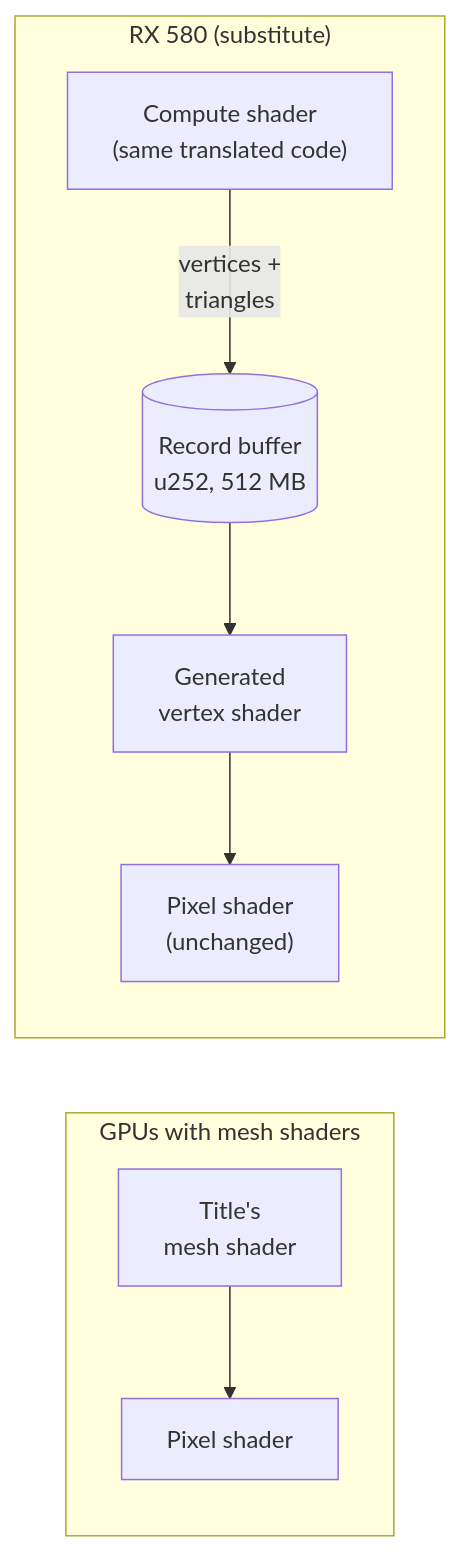
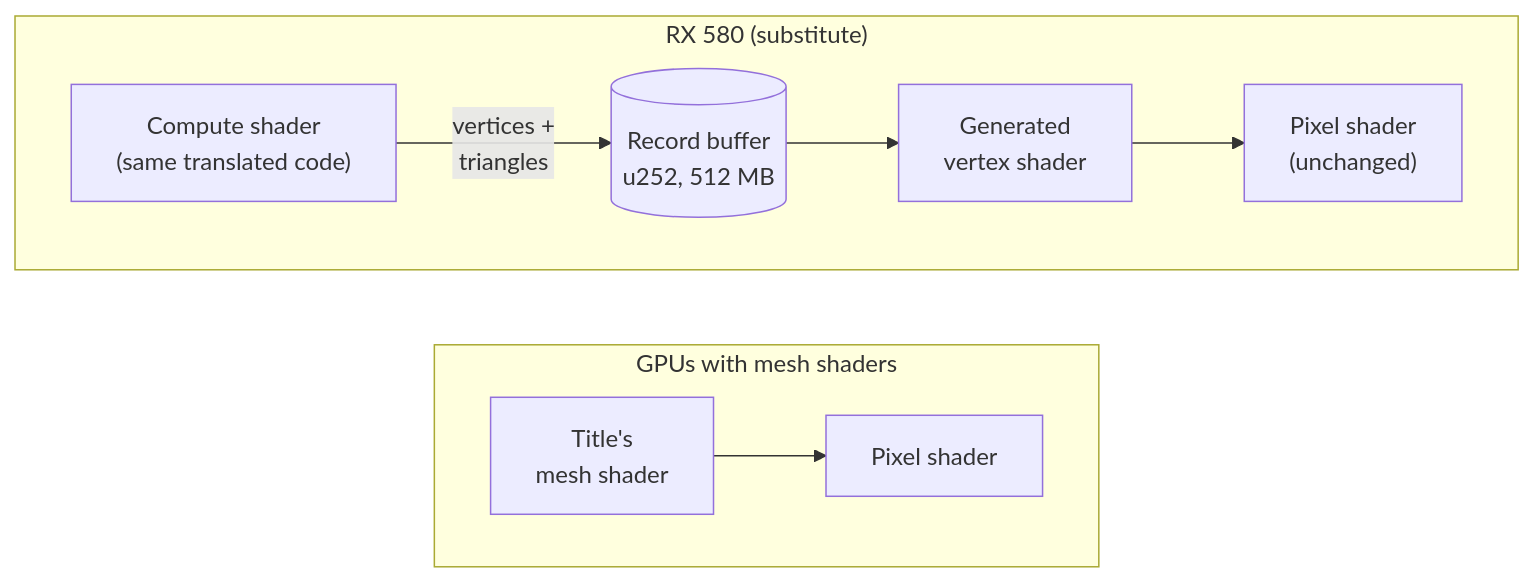
One commit to marcoscostaengineer/MARGARETE-RX580-OPTIMIZED changed diagram 14 of 20 in README.md. Above: the diagram before and after it, drawn with Mermaid. The commit also changed other lines of this file, not shown here.

First line of the commit message:
README diagrams: timeline items shown, horizontal layouts, readable labels

````diff
--- a/README.md
+++ b/README.md
@@ -392,11 +398,13 @@
 ```mermaid
 flowchart LR
     subgraph Original["GPUs with mesh shaders"]
+        direction LR
         MS["Title's<br/>mesh shader"] --> PS1["Pixel shader"]
     end
     subgraph Substitute["RX 580 (substitute)"]
+        direction LR
         CS["Compute shader<br/>(same translated code)"] -->|"vertices +<br/>triangles"| RING[("Record buffer<br/>u252, 512 MB")]
         RING --> VS["Generated<br/>vertex shader"]
         VS --> PS2["Pixel shader<br/>(unchanged)"]
     end
 ```
````
